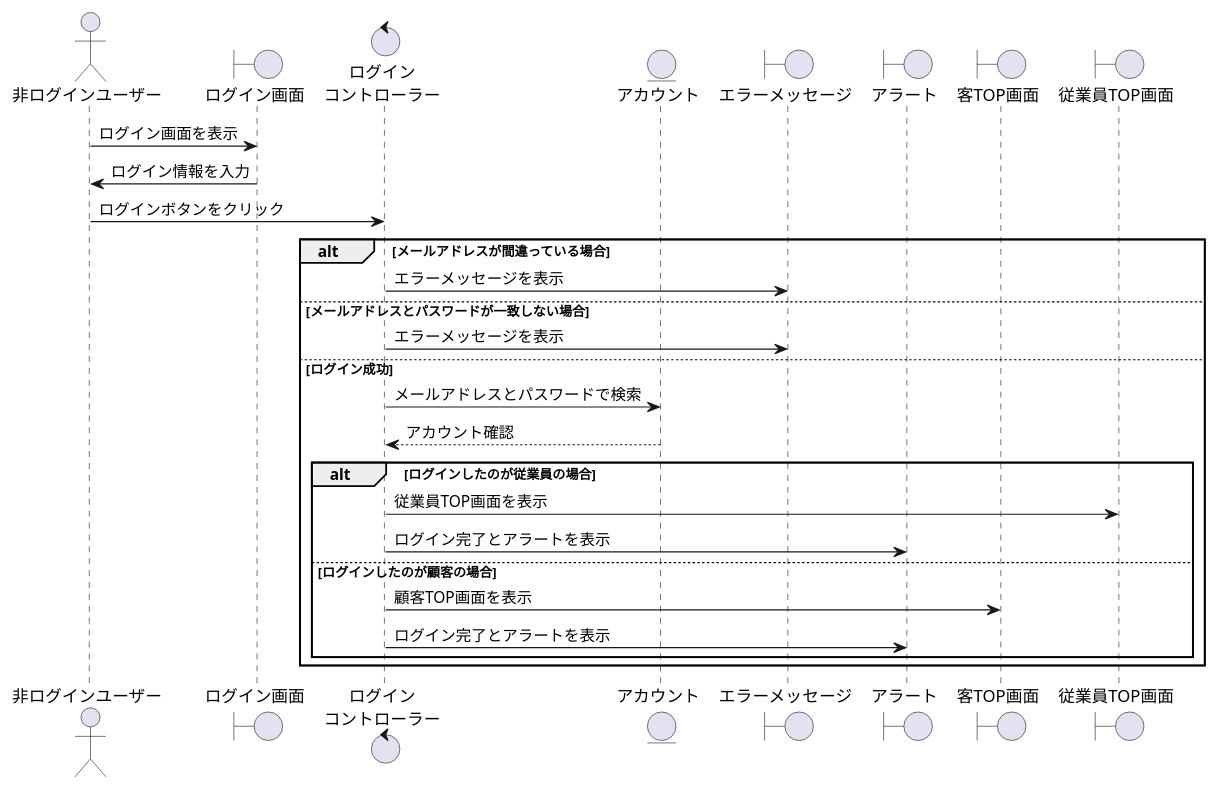
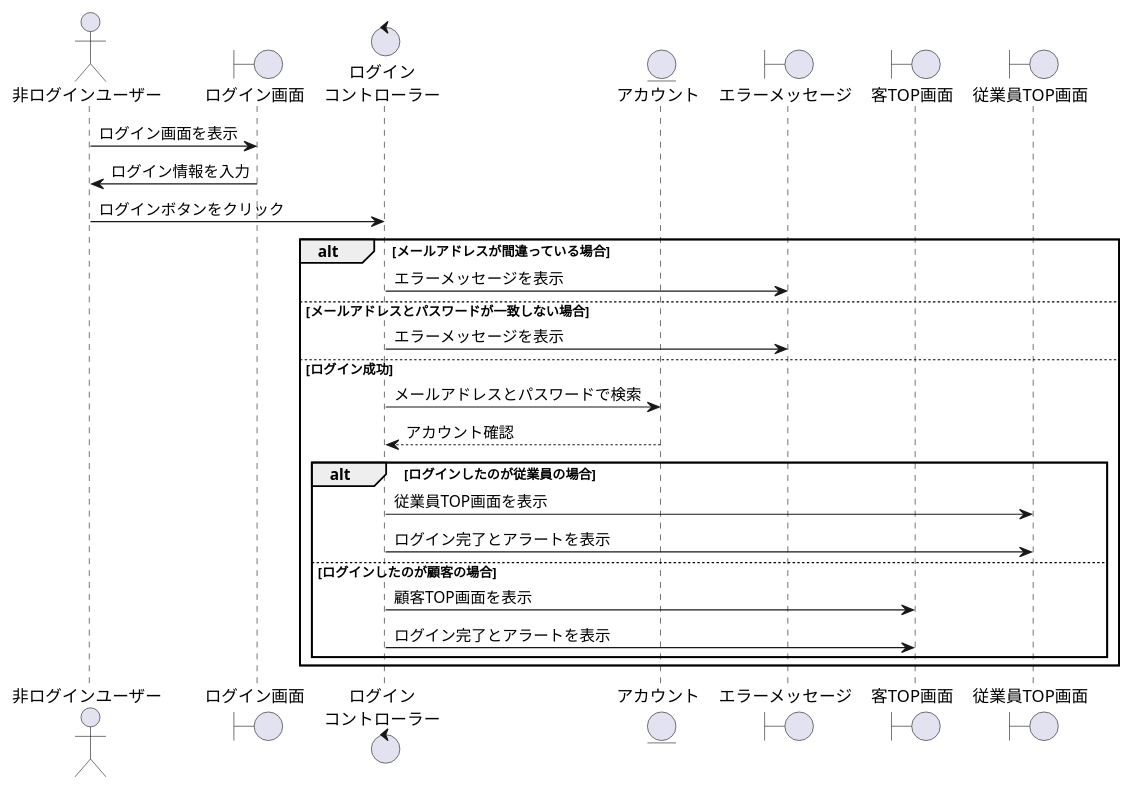
Before and after one commit to ysyk-wtnb16/team_D: the diagram in BBショップ/ログイン.wsd, drawn with PlantUML. The commit also changed 1 other file, not shown here.

```diff
--- a/BBショップ/ログイン.wsd
+++ b/BBショップ/ログイン.wsd
@@ -1,34 +1,33 @@
 @startuml login
 actor "非ログインユーザー" as nonlogin
 boundary "ログイン画面" as log
 control "ログイン\nコントローラー" as logc
 entity "アカウント" as account
 boundary "エラーメッセージ" as error
-boundary "アラート" as alert
 boundary "客TOP画面" as cust_top
 boundary "従業員TOP画面" as emp_top
  
 nonlogin -> log: ログイン画面を表示
 
 nonlogin <- log: ログイン情報を入力
 
 nonlogin -> logc: ログインボタンをクリック
  
  
 alt メールアドレスが間違っている場合
     logc -> error: エラーメッセージを表示
 else メールアドレスとパスワードが一致しない場合
     logc -> error: エラーメッセージを表示
 else ログイン成功
 
     logc -> account: メールアドレスとパスワードで検索
     account --> logc: アカウント確認
     alt ログインしたのが従業員の場合
         logc -> emp_top: 従業員TOP画面を表示
-        logc -> alert:ログイン完了とアラートを表示
+        logc -> emp_top:ログイン完了とアラートを表示
     else ログインしたのが顧客の場合
         logc -> cust_top: 顧客TOP画面を表示
-        logc -> alert:ログイン完了とアラートを表示
+        logc -> cust_top:ログイン完了とアラートを表示
     end
 end
 @enduml
```
